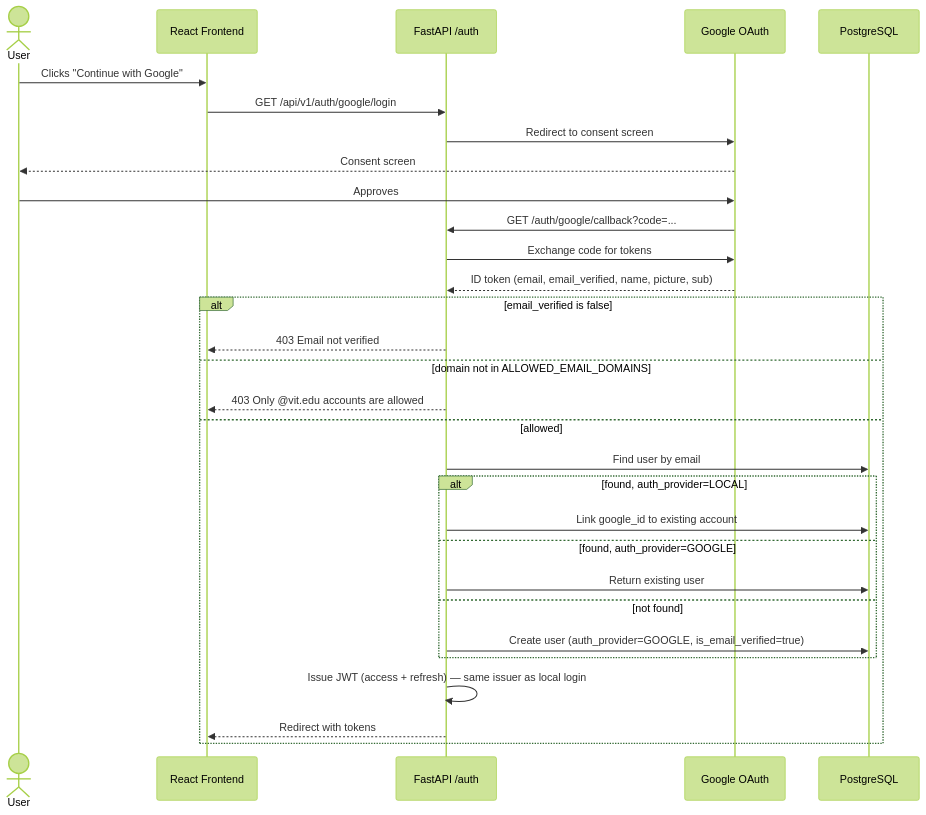
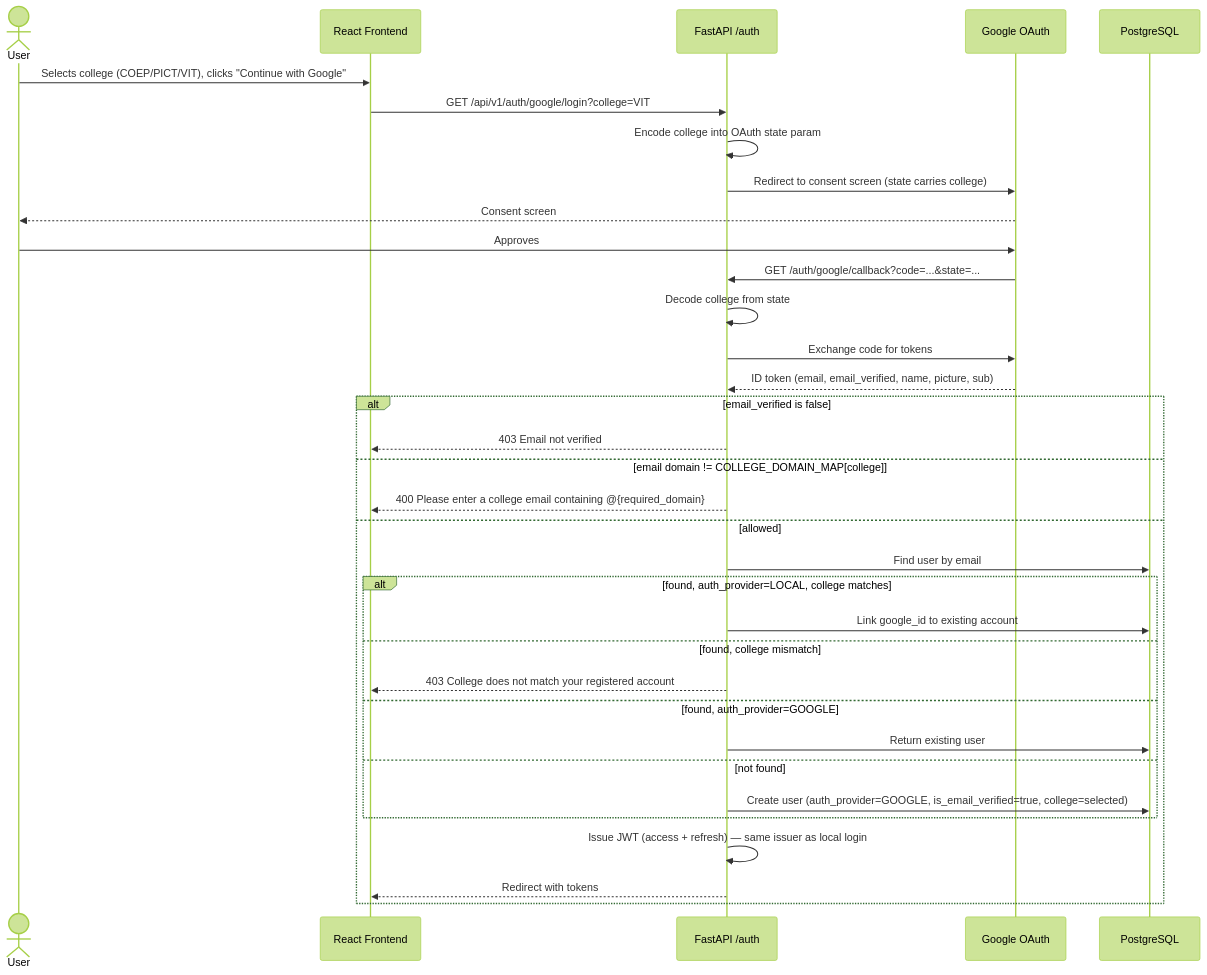
One commit to IshanWankhede/CampusGPT changed the fifth of 8 diagrams in Architecture/ARCHITECTURE.md. Above: the diagram before and after it, drawn with Mermaid (forest theme). The commit also changed other lines of this file, not shown here.

Commit message:
Detailed Architecture Of CampusGPT

````diff
--- a/Architecture/ARCHITECTURE.md
+++ b/Architecture/ARCHITECTURE.md
@@ -272,34 +288,38 @@
 ```mermaid
 sequenceDiagram
     actor User
     participant FE as React Frontend
     participant API as FastAPI /auth
     participant Google as Google OAuth
     participant DB as PostgreSQL
 
-    User->>FE: Clicks "Continue with Google"
-    FE->>API: GET /api/v1/auth/google/login
-    API->>Google: Redirect to consent screen
+    User->>FE: Selects college (COEP/PICT/VIT), clicks "Continue with Google"
+    FE->>API: GET /api/v1/auth/google/login?college=VIT
+    API->>API: Encode college into OAuth state param
+    API->>Google: Redirect to consent screen (state carries college)
     Google-->>User: Consent screen
     User->>Google: Approves
-    Google->>API: GET /auth/google/callback?code=...
+    Google->>API: GET /auth/google/callback?code=...&state=...
+    API->>API: Decode college from state
     API->>Google: Exchange code for tokens
     Google-->>API: ID token (email, email_verified, name, picture, sub)
 
     alt email_verified is false
         API-->>FE: 403 Email not verified
-    else domain not in ALLOWED_EMAIL_DOMAINS
-        API-->>FE: 403 Only @vit.edu accounts are allowed
+    else email domain != COLLEGE_DOMAIN_MAP[college]
+        API-->>FE: 400 Please enter a college email containing @{required_domain}
     else allowed
         API->>DB: Find user by email
-        alt found, auth_provider=LOCAL
+        alt found, auth_provider=LOCAL, college matches
             API->>DB: Link google_id to existing account
+        else found, college mismatch
+            API-->>FE: 403 College does not match your registered account
         else found, auth_provider=GOOGLE
             API->>DB: Return existing user
         else not found
-            API->>DB: Create user (auth_provider=GOOGLE, is_email_verified=true)
+            API->>DB: Create user (auth_provider=GOOGLE, is_email_verified=true, college=selected)
         end
         API->>API: Issue JWT (access + refresh) — same issuer as local login
         API-->>FE: Redirect with tokens
     end
 ```
````
